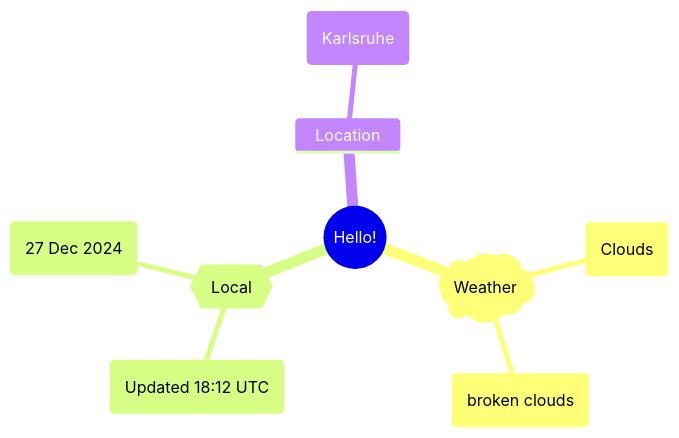
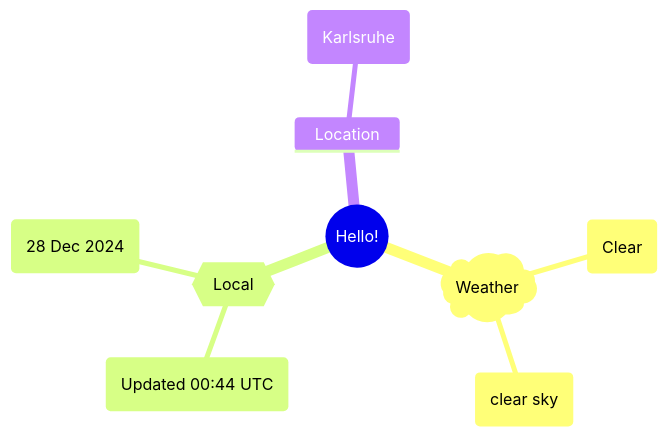
Before and after one commit to Xosrov/Xosrov: the first of 2 diagrams in README.md, drawn with Mermaid.

Commit message:
[bot] updated images

````diff
--- a/README.md
+++ b/README.md
@@ -3,12 +3,12 @@
 ```mermaid
 mindmap
   root((Hello!))
     )Weather(
-        (Clouds)
-        (broken clouds)
+        (Clear)
+        (clear sky)
     {{Local}}
-        (Updated 18:12 UTC)
-        (27 Dec 2024)
+        (Updated 00:44 UTC)
+        (28 Dec 2024)
     Location
         (Karlsruhe)
 ```
````
